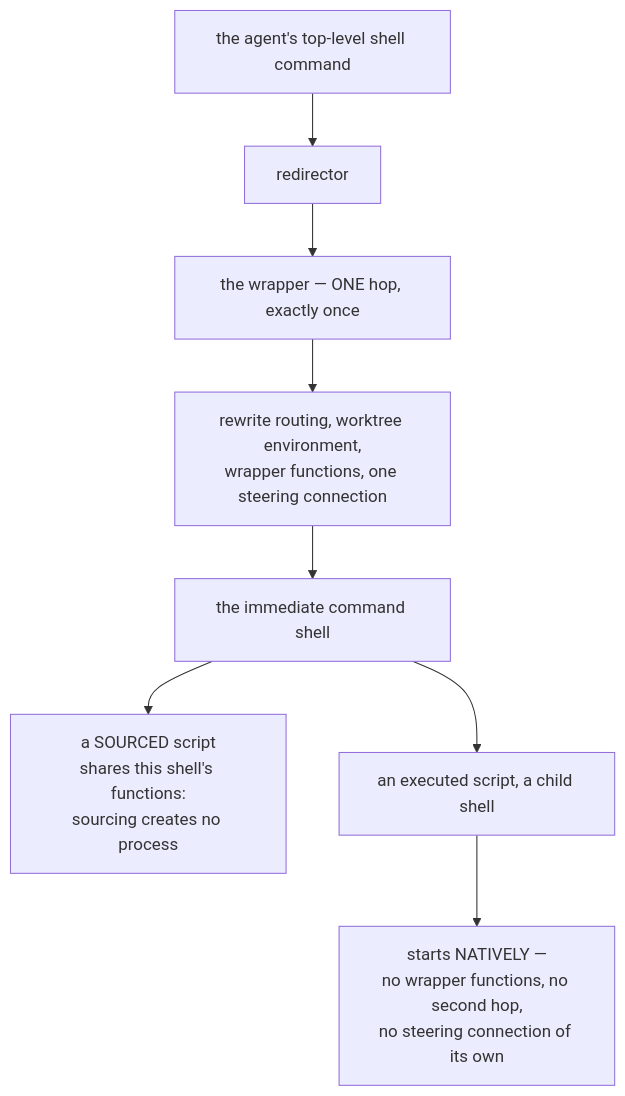
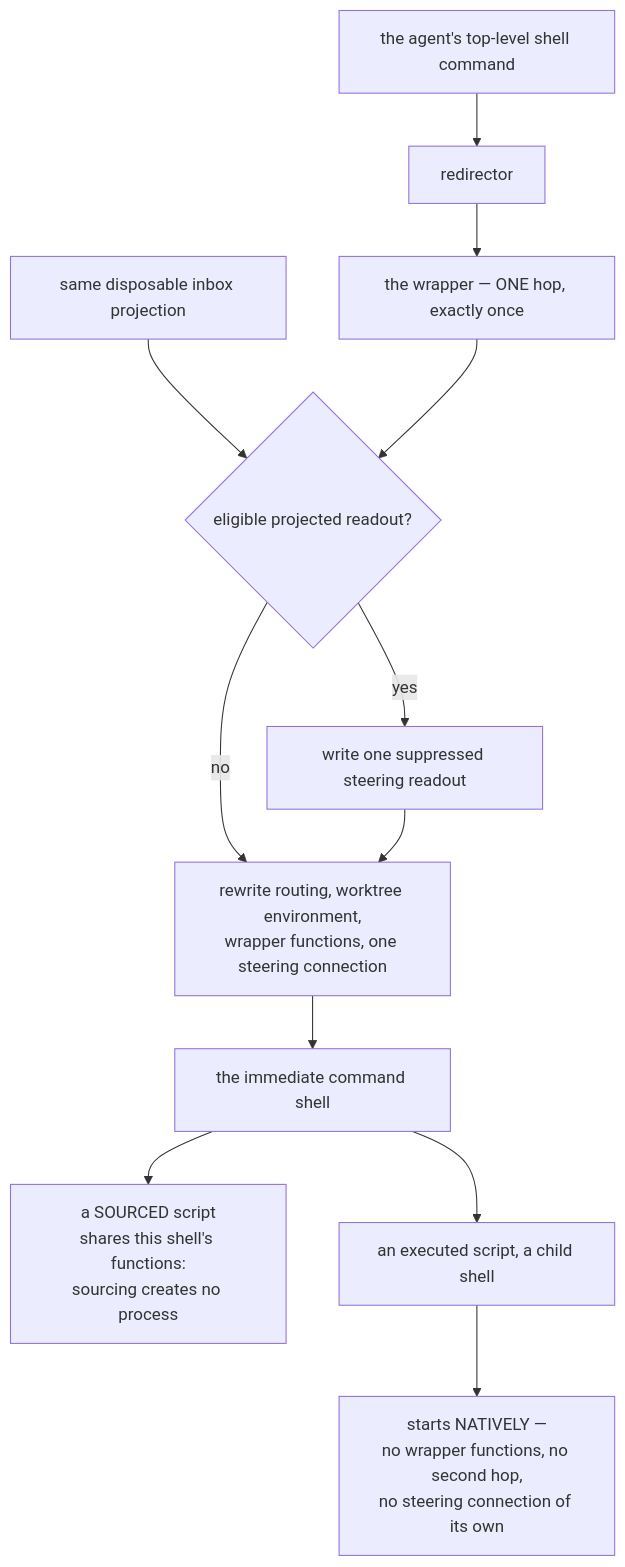
One commit to infimalabs/spice-rust changed the seventh of 10 diagrams in docs/product/planes/hooks.md. Above: the diagram before and after it, drawn with Mermaid. The commit also changed other lines of this file and 71 other files, not shown here.

````diff
--- a/docs/product/planes/hooks.md
+++ b/docs/product/planes/hooks.md
@@ -123,10 +128,14 @@
 ```mermaid
 flowchart TD
   A["the agent's top-level shell command"] --> R["redirector"]
   R --> W["the wrapper — ONE hop, exactly once"]
-  W --> RW["rewrite routing, worktree environment,<br/>wrapper functions, one steering connection"]
+  I["same disposable inbox projection"] --> P{"eligible projected readout?"}
+  W --> P
+  P -- yes --> S["write one suppressed steering readout"]
+  P -- no --> RW["rewrite routing, worktree environment,<br/>wrapper functions, one steering connection"]
+  S --> RW
   RW --> C["the immediate command shell"]
   C --> SRC["a SOURCED script<br/>shares this shell's functions:<br/>sourcing creates no process"]
   C --> D["an executed script, a child shell"]
   D --> NAT["starts NATIVELY —<br/>no wrapper functions, no second hop,<br/>no steering connection of its own"]
 ```
````
